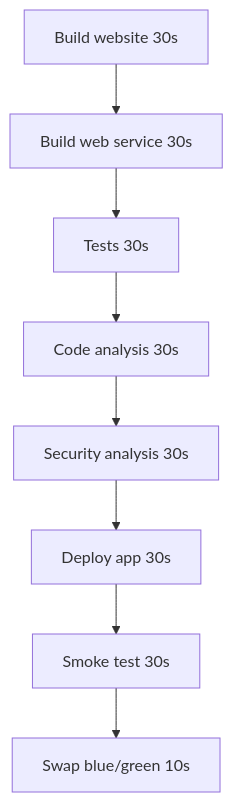
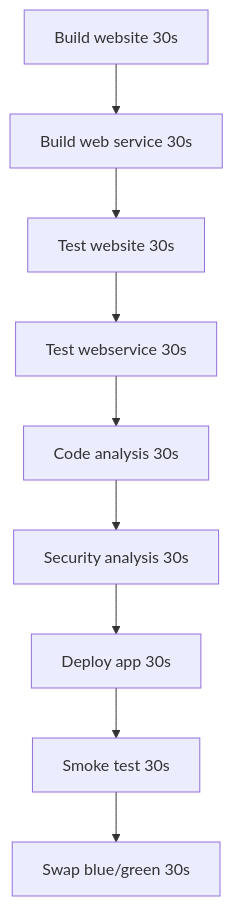
Before and after one commit to samsmithnz/ParallelPipelinesDemo: the first of 2 diagrams in README.md, drawn with Mermaid. The commit also changed other lines of this file, not shown here.

````diff
--- a/README.md
+++ b/README.md
@@ -5,4 +5,4 @@
 ```mermaid
   graph TD;
-      buildweb[Build website 30s]-->buildwebservice[Build web service 30s]-->tests[Tests 30s]-->codeAnalysis[Code analysis 30s]-->securityAnalysis[Security analysis 30s]-->deployApp[Deploy app 30s]-->smoke[Smoke test 30s]-->swap[Swap blue/green 10s];
+      buildweb[Build website 30s]-->buildwebservice[Build web service 30s]-->testsWeb[Test website 30s]-->testsWebservice[Test webservice 30s]-->codeAnalysis[Code analysis 30s]-->securityAnalysis[Security analysis 30s]-->deployApp[Deploy app 30s]-->smoke[Smoke test 30s]-->swap[Swap blue/green 30s];
 ```
````
